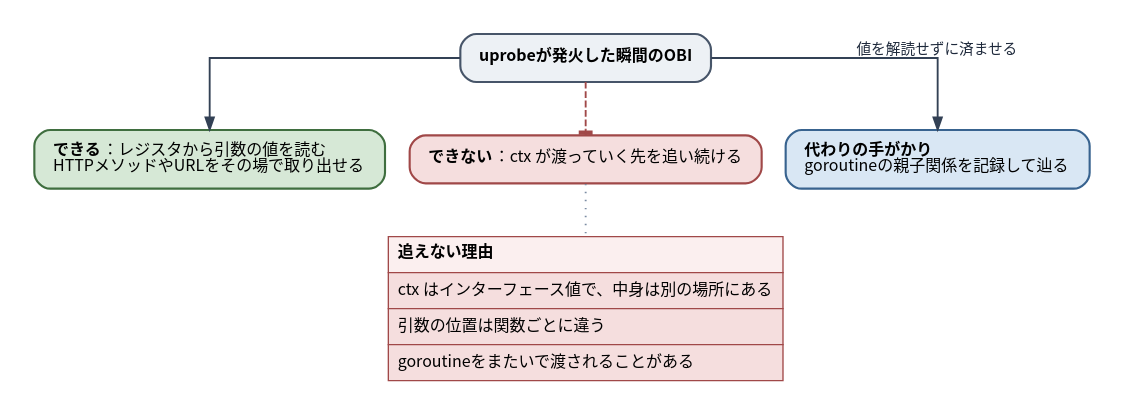
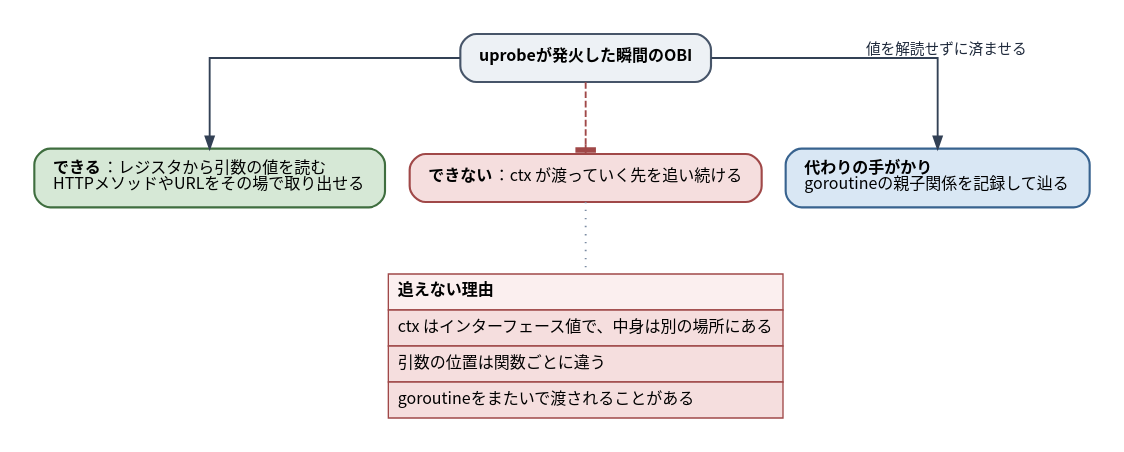
One commit to ymotongpoo/zenn.dev changed the diagram in diagrams/go-ebpf-primer/20260820-context-not-traceable.dot. Above: the diagram before and after it, drawn with Graphviz. The commit also changed 25 other files, not shown here.

First line of the commit message:
fix: 矢印の貫通・先端埋没・角丸切れ・窮屈さを修正（13図）

```diff
--- a/diagrams/go-ebpf-primer/20260820-context-not-traceable.dot
+++ b/diagrams/go-ebpf-primer/20260820-context-not-traceable.dot
@@ -1,43 +1,44 @@
 // レジスタは読めるが、文脈は追えない
 digraph context_not_traceable {
   graph [
     rankdir=TB, splines=ortho,
     fontname="Harano Aji Gothic,Noto Sans CJK JP,IPAGothic", fontsize=13,
+    ranksep=0.7,
     bgcolor="white", pad=0.25
   ];
   node [
     fontname="Harano Aji Gothic,Noto Sans CJK JP,IPAGothic", fontsize=12,
     shape=box, style="rounded,filled",
     fillcolor="#F1F5F9", color="#475569", penwidth=1.6,
     margin="0.2,0.14"
   ];
   edge [
     fontname="Harano Aji Gothic,Noto Sans CJK JP,IPAGothic", fontsize=11,
     color="#334155", penwidth=1.4, arrowsize=0.9,
     fontcolor="#1E293B"
   ];
 
   top [label=<<b>uprobeが発火した瞬間のOBI</b>>, fillcolor="#EDF1F5"];
 
   can [label=<<b>できる</b>：レジスタから引数の値を読む<br align="left"/>HTTPメソッドやURLをその場で取り出せる<br align="left"/>>,
        fillcolor="#D6E8D6", color="#3F6E3F"];
   cannot [label=<<b>できない</b>：ctx が渡っていく先を追い続ける<br align="left"/>>,
           fillcolor="#F5DEDE", color="#A04848"];
   alt [label=<<b>代わりの手がかり</b><br align="left"/>goroutineの親子関係を記録して辿る<br align="left"/>>,
        fillcolor="#D9E7F4", color="#38638F"];
 
   reasons [shape=plain, style="", label=<
     <table border="0" cellborder="1" cellspacing="0" cellpadding="6" color="#A04848">
       <tr><td align="left" bgcolor="#FBEFEF"><b>追えない理由</b></td></tr>
       <tr><td align="left" bgcolor="#F5DEDE">ctx はインターフェース値で、中身は別の場所にある</td></tr>
       <tr><td align="left" bgcolor="#F5DEDE">引数の位置は関数ごとに違う</td></tr>
       <tr><td align="left" bgcolor="#F5DEDE">goroutineをまたいで渡されることがある</td></tr>
     </table>>];
 
   { rank=same; can; cannot; alt; }
 
   top -> can;
-  top -> cannot [style=dashed, color="#A04848", arrowhead=tee];
+  top -> cannot [style=dashed, color="#A04848", arrowhead=tee, arrowsize=1.4];
   top -> alt [xlabel="値を解読せずに済ませる"];
   cannot -> reasons [style=dotted, color="#7C8DA3", arrowhead=none];
 }
```
